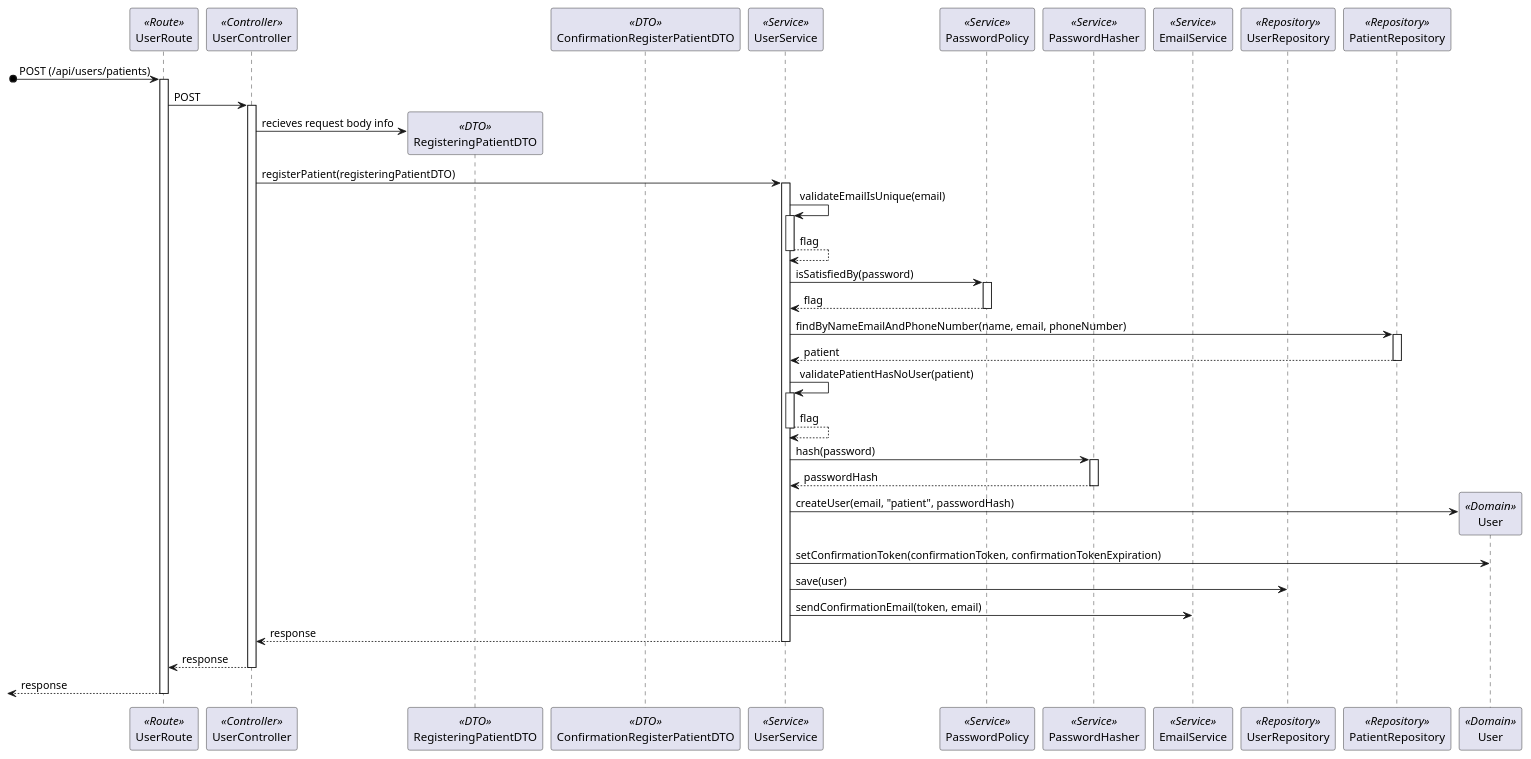
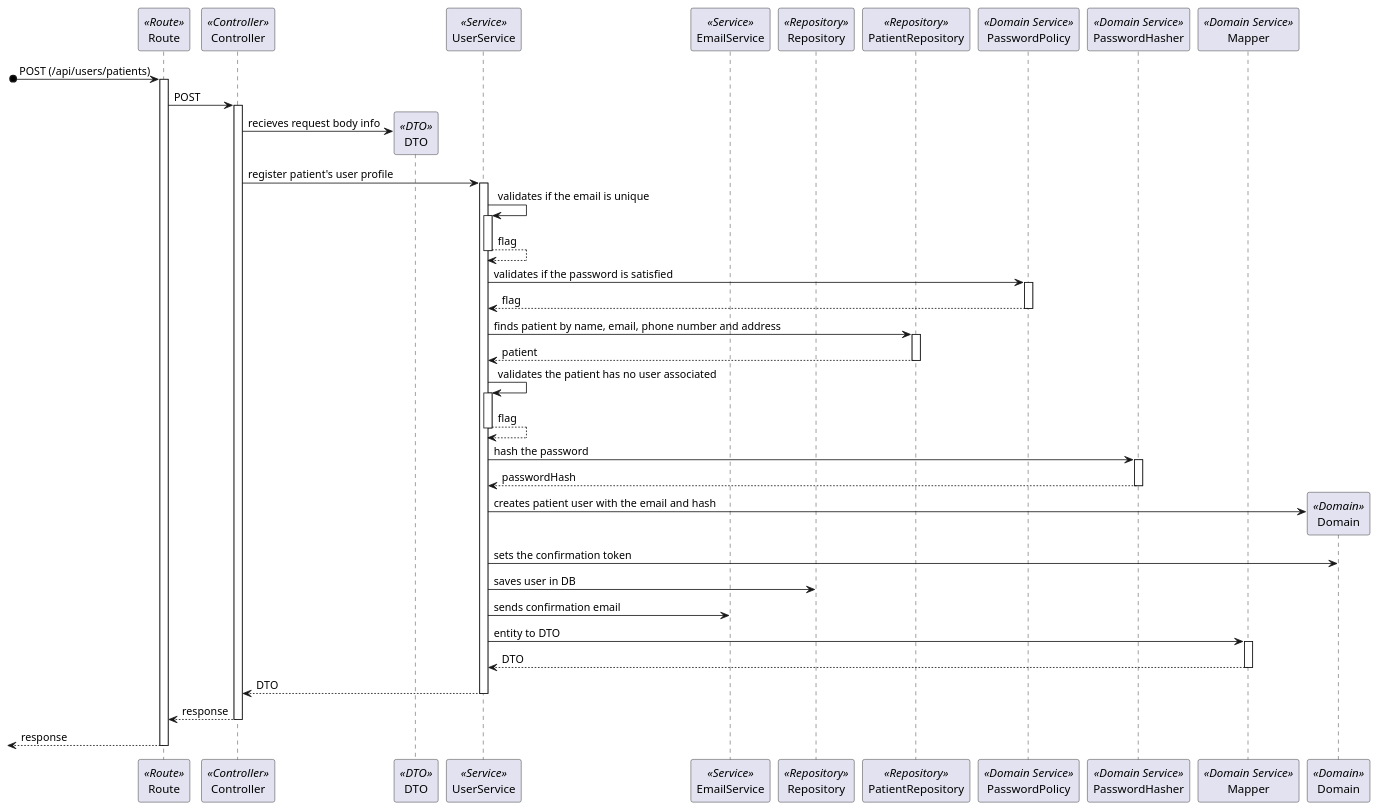
The diagram in docs/Sprint_1/US_5.1.3/L3/Process_View_Prior_Confirmation.puml (Rodrick0209/ISEP-SEM5PI-24-25), drawn with PlantUML before and after one commit. The commit also changed 19 other files, not shown here.

Commit message:
All Designs From Patient and User modified from the level 3 view #4 #5 #6 #9 #10 #11 #12

```diff
--- a/docs/Sprint_1/US_5.1.3/L3/Process_View_Prior_Confirmation.puml
+++ b/docs/Sprint_1/US_5.1.3/L3/Process_View_Prior_Confirmation.puml
@@ -2,45 +2,48 @@
 @startuml Process_View_Prior_Confirmation
-participant UserRoute as Route <<Route>>
-participant UserController as Controller <<Controller>>
-participant RegisteringPatientDTO as DTO <<DTO>>
-participant ConfirmationRegisterPatientDTO as ConfirmationDTO <<DTO>>
+participant Route as Route <<Route>>
+participant Controller as Controller <<Controller>>
+participant DTO as DTO <<DTO>>
 participant UserService as Service <<Service>>
-participant PasswordPolicy as Policy <<Service>>
-participant PasswordHasher as Hasher <<Service>>
 participant EmailService as EmailService <<Service>>
-participant UserRepository as Repository <<Repository>>
+participant Repository as Repository <<Repository>>
 participant PatientRepository as PatientRepository <<Repository>> 
-participant User as Domain <<Domain>>
+participant PasswordPolicy as Policy <<Domain Service>>
+participant PasswordHasher as Hasher <<Domain Service>>
+participant Mapper as Mapper <<Domain Service>>
+participant Domain as Domain <<Domain>>
 [o-> Route: POST (/api/users/patients)
 activate Route
 Route -> Controller : POST
 activate Controller
 Controller -> DTO** : recieves request body info
-Controller -> Service : registerPatient(registeringPatientDTO)
+Controller -> Service : register patient's user profile
 activate Service
-Service -> Service : validateEmailIsUnique(email)
+Service -> Service : validates if the email is unique
 activate Service
 return flag
-Service -> Policy : isSatisfiedBy(password)
+Service -> Policy : validates if the password is satisfied
 activate Policy
 return flag
-Service -> PatientRepository : findByNameEmailAndPhoneNumber(name, email, phoneNumber)
+Service -> PatientRepository : finds patient by name, email, phone number and address
 activate PatientRepository
 return patient
-Service -> Service : validatePatientHasNoUser(patient)
+Service -> Service : validates the patient has no user associated
 activate Service
 return flag
-Service -> Hasher : hash(password)
+Service -> Hasher : hash the password
 activate Hasher
 return passwordHash
-Service -> Domain** : createUser(email, "patient", passwordHash)
-Service -> Domain : setConfirmationToken(confirmationToken, confirmationTokenExpiration)
-Service -> Repository : save(user)
-Service -> EmailService : sendConfirmationEmail(token, email)
-return response
+Service -> Domain** : creates patient user with the email and hash
+Service -> Domain : sets the confirmation token
+Service -> Repository : saves user in DB
+Service -> EmailService : sends confirmation email
+Service -> Mapper : entity to DTO
+activate Mapper
+return DTO
+return DTO
 return response
 <-- Route : response
 deactivate Route
 
 
 @enduml
```
